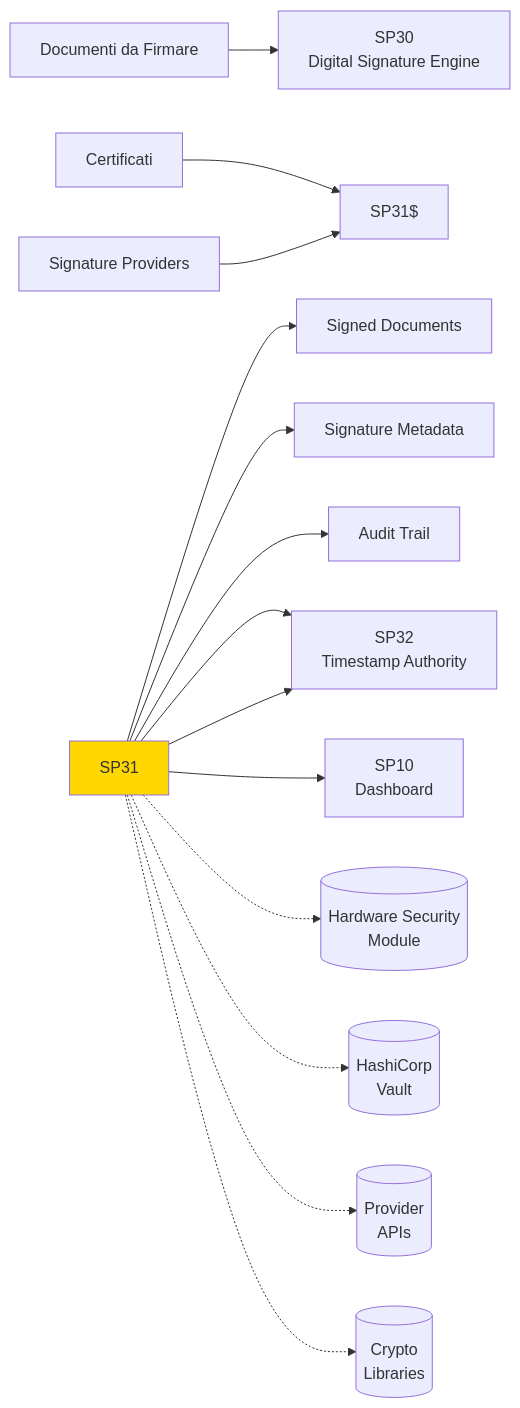
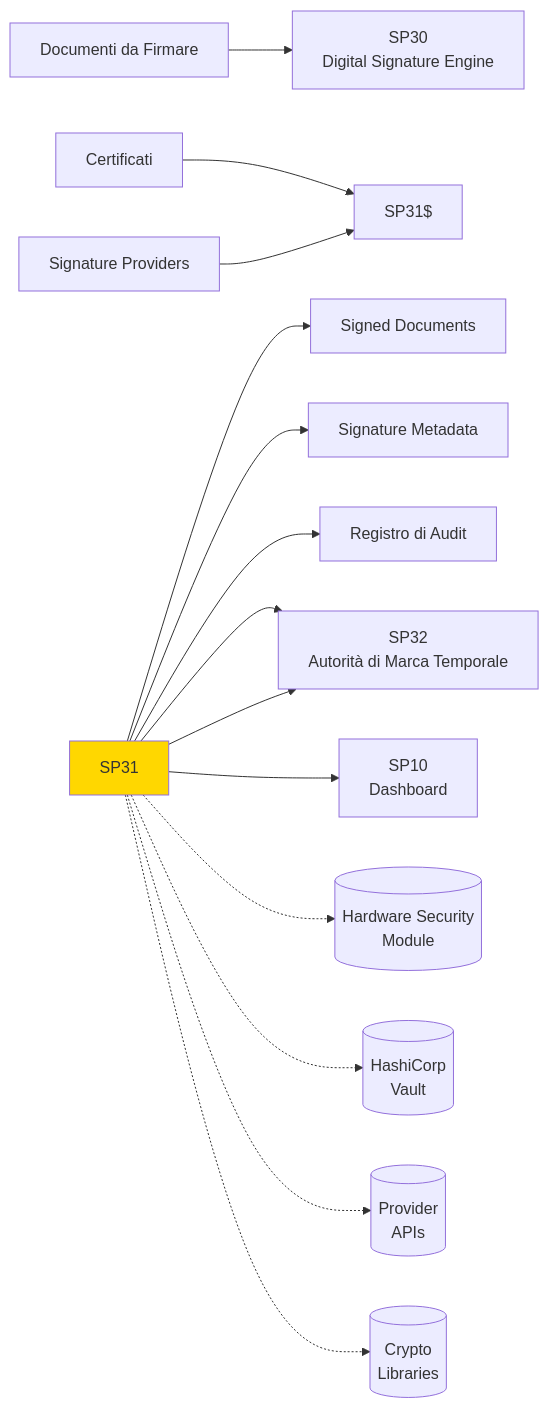
One commit to gianlucaciarcelluti/Interzen.ZenIA changed the first of 2 diagrams in docs/use_cases/UC6 - Firma Digitale Integrata/01 SP29 - Motore Firma Digitale.md. Above: the diagram before and after it, drawn with Mermaid. The commit also changed other lines of this file and 73 other files, not shown here.

````diff
--- a/docs/use_cases/UC6 - Firma Digitale Integrata/01 SP29 - Motore Firma Digitale.md
+++ b/docs/use_cases/UC6 - Firma Digitale Integrata/01 SP29 - Motore Firma Digitale.md
@@ -7,21 +7,21 @@
 ```mermaid
 graph LR
     DOCUMENTS[Documenti da Firmare] --> SP30[SP30<br/>Digital Signature Engine]
     CERTIFICATES[Certificati] --> SP31$
     PROVIDERS[Signature Providers] --> SP31$
 
     SP31 --> SIGNED[Signed Documents]
     SP31 --> METADATA[Signature Metadata]
-    SP31 --> AUDIT[Audit Trail]
+    SP31 --> AUDIT[Registro di Audit]
 
     SP31 --> SP32[SP32<br/>Signature Workflow]
-    SP31 --> SP32[SP32<br/>Timestamp Authority]
+    SP31 --> SP32[SP32<br/>Autorità di Marca Temporale]
     SP31 --> SP10[SP10<br/>Dashboard]
 
     SP31 -.-> HSM[(Hardware Security<br/>Module)]
     SP31 -.-> VAULT[(HashiCorp<br/>Vault)]
     SP31 -.-> PROVIDER_API[(Provider<br/>APIs)]
     SP31 -.-> CRYPTO[(Crypto<br/>Libraries)]
 
     style SP31 fill:#ffd700
 ```
````
